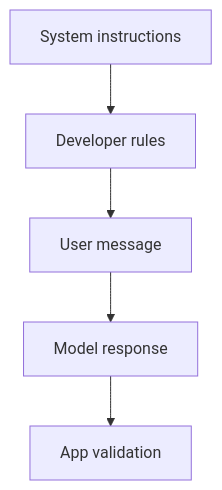
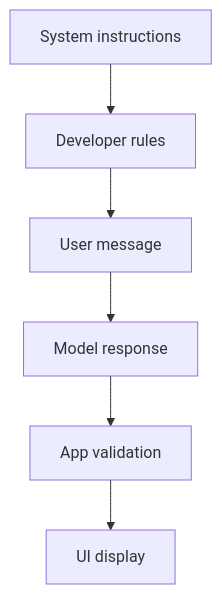
Before and after one commit to Asabeneh/30-Days-Of-AI-Engineering: the fifth of 11 diagrams in day_06/day_06_llm_apis.md, drawn with Mermaid. The commit also changed other lines of this file and 49 other files, not shown here.

````diff
--- a/day_06/day_06_llm_apis.md
+++ b/day_06/day_06_llm_apis.md
@@ -179,7 +281,8 @@
 ```mermaid
 flowchart TD
     A[System instructions] --> B[Developer rules]
     B --> C[User message]
     C --> D[Model response]
     D --> E[App validation]
+    E --> F[UI display]
 ```
````
